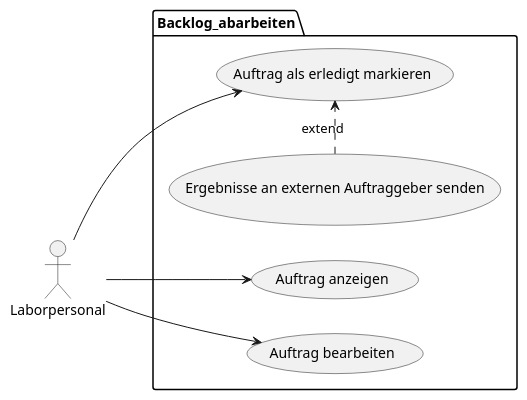
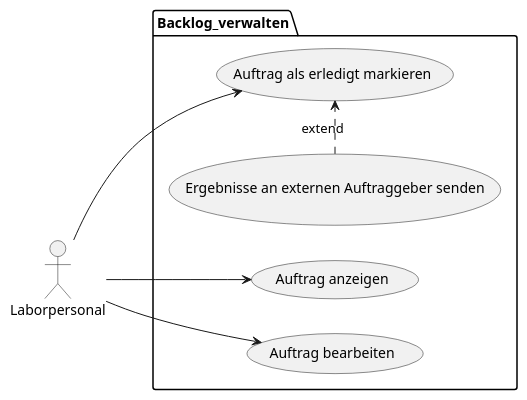
One commit to helenlaible/ss23-kba-project changed diagram 12 of 12 in docs/2_planning/1_business_use_cases.md. Above: the diagram before and after it, drawn with PlantUML.

````diff
--- a/docs/2_planning/1_business_use_cases.md
+++ b/docs/2_planning/1_business_use_cases.md
@@ -290,18 +290,18 @@
 ```plantuml UC Backlog verwalten
 @startuml
 left to right direction
 actor Laborpersonal as lb
-package Backlog_abarbeiten {
+package Backlog_verwalten {
   usecase "Auftrag anzeigen" as UC1
   usecase "Auftrag bearbeiten" as UC2
   usecase "Auftrag als erledigt markieren"as UC3
   usecase "Ergebnisse an externen Auftraggeber senden" as UC4
 }
 
 lb --> UC1
 lb --> UC2
 lb --> UC3
 
 (UC4) .> (UC3) : extend
 @enduml
 ```
````
